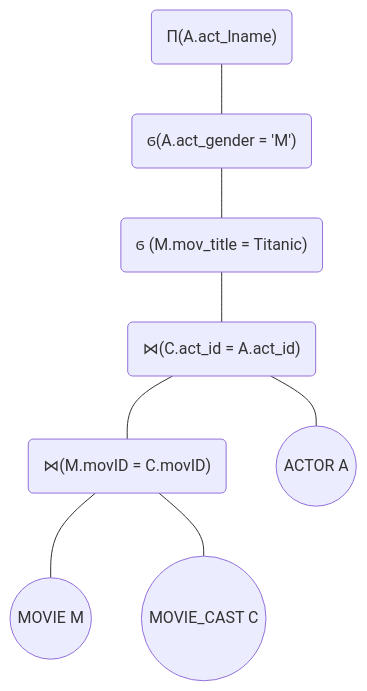
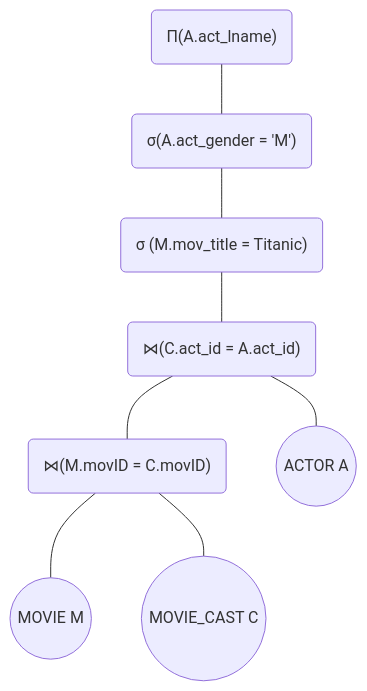
One commit to hectormiguel1/FIU changed the first of 4 diagrams in Fall 2021/COP 4751/HW1/1_PANTHERID.md. Above: the diagram before and after it, drawn with Mermaid. The commit also changed other lines of this file and 1 other file, not shown here.

````diff
--- a/Fall 2021/COP 4751/HW1/1_PANTHERID.md
+++ b/Fall 2021/COP 4751/HW1/1_PANTHERID.md
@@ -106,7 +106,7 @@
 ```mermaid
     graph BT;
         id((MOVIE M)) --- id5("⋈(M.movID = C.movID)")
         id3((MOVIE_CAST C)) --- id5("⋈(M.movID = C.movID)")
         id5("⋈(M.movID = C.movID)") --- id6("⋈(C.act_id = A.act_id)")
-        id4((ACTOR A)) --- id6("⋈(C.act_id = A.act_id)") --- id2("ϭ (M.mov_title = Titanic)") --- id7("ϭ(A.act_gender = 'M')") --- id8("Π(A.act_lname)")
+        id4((ACTOR A)) --- id6("⋈(C.act_id = A.act_id)") --- id2("σ (M.mov_title = Titanic)") --- id7("σ(A.act_gender = 'M')") --- id8("Π(A.act_lname)")
 ```
````
